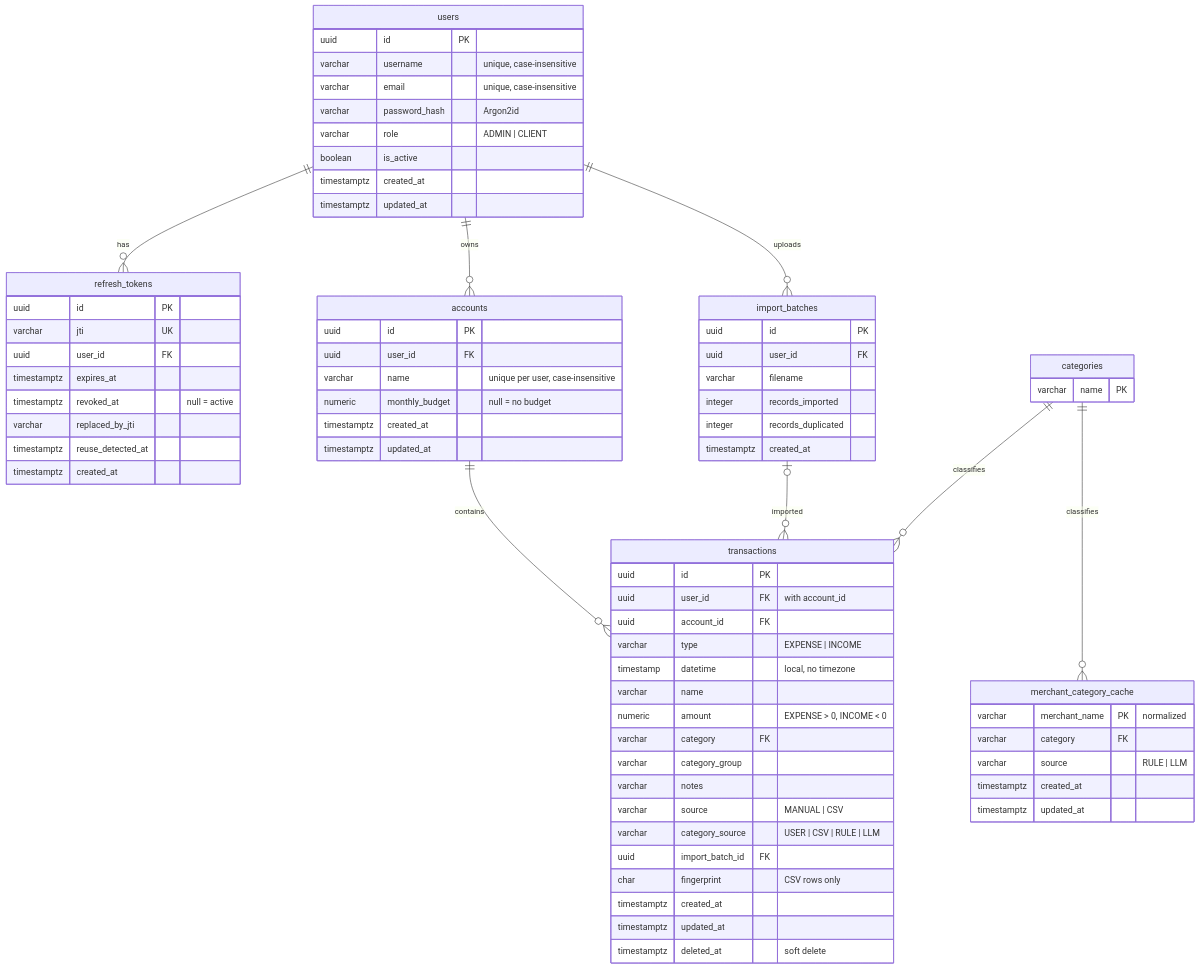
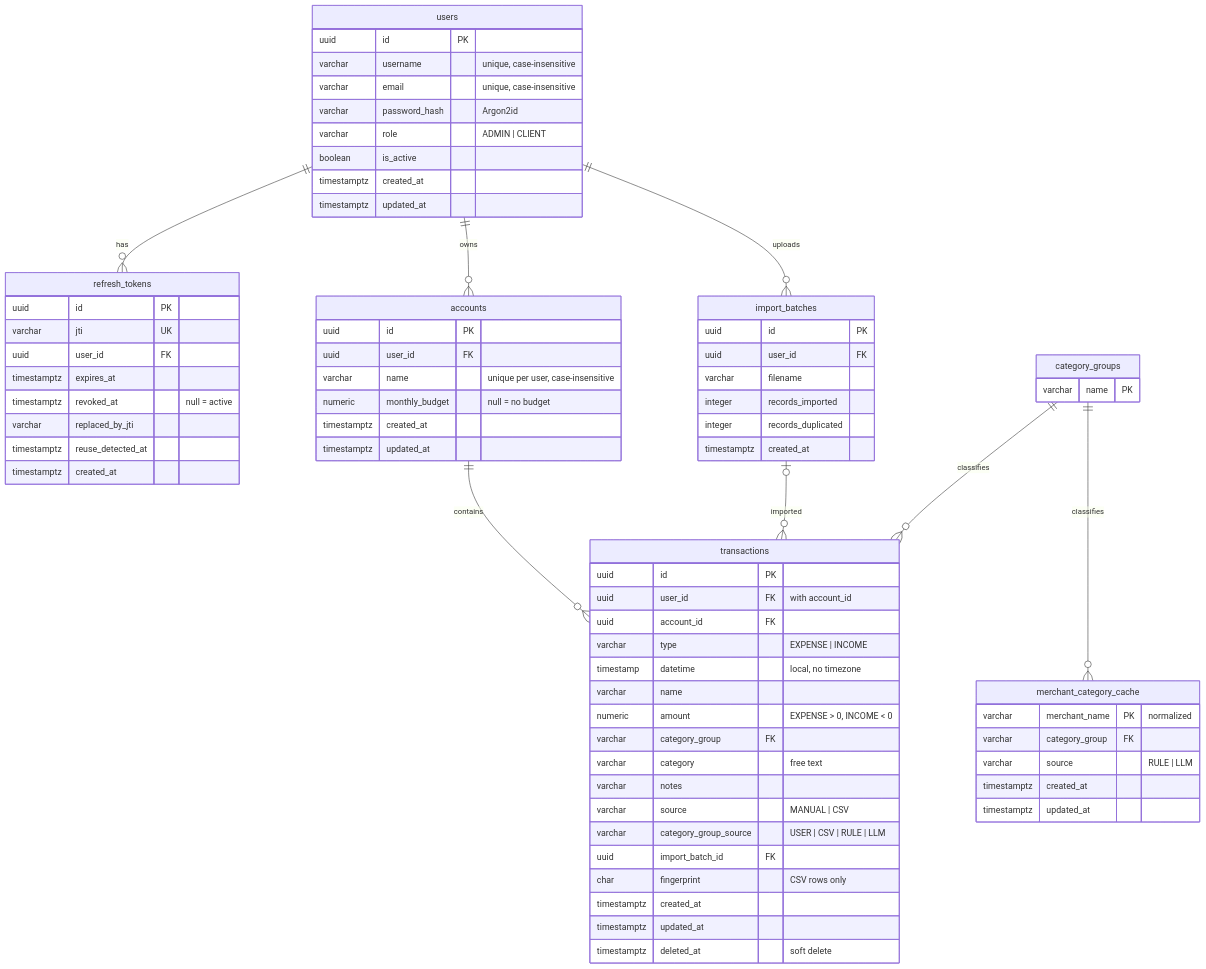
Before and after one commit to marcoPachecoM/Financial-Coach: the diagram in docs/database.md, drawn with Mermaid. The commit also changed other lines of this file and 82 other files, not shown here.

Commit message:
refactor: make category group the closed list and category free text

````diff
--- a/docs/database.md
+++ b/docs/database.md
@@ -7,82 +7,82 @@
 ```mermaid
 erDiagram
     users ||--o{ refresh_tokens : "has"
     users ||--o{ accounts : "owns"
     users ||--o{ import_batches : "uploads"
     accounts ||--o{ transactions : "contains"
     import_batches |o--o{ transactions : "imported"
-    categories ||--o{ transactions : "classifies"
-    categories ||--o{ merchant_category_cache : "classifies"
+    category_groups ||--o{ transactions : "classifies"
+    category_groups ||--o{ merchant_category_cache : "classifies"
 
     users {
         uuid id PK
         varchar username "unique, case-insensitive"
         varchar email "unique, case-insensitive"
         varchar password_hash "Argon2id"
         varchar role "ADMIN | CLIENT"
         boolean is_active
         timestamptz created_at
         timestamptz updated_at
     }
 
     refresh_tokens {
         uuid id PK
         varchar jti UK
         uuid user_id FK
         timestamptz expires_at
         timestamptz revoked_at "null = active"
         varchar replaced_by_jti
         timestamptz reuse_detected_at
         timestamptz created_at
     }
 
     accounts {
         uuid id PK
         uuid user_id FK
         varchar name "unique per user, case-insensitive"
         numeric monthly_budget "null = no budget"
         timestamptz created_at
         timestamptz updated_at
     }
 
-    categories {
+    category_groups {
         varchar name PK
     }
 
     import_batches {
         uuid id PK
         uuid user_id FK
         varchar filename
         integer records_imported
         integer records_duplicated
         timestamptz created_at
     }
 
     transactions {
         uuid id PK
         uuid user_id FK "with account_id"
         uuid account_id FK
         varchar type "EXPENSE | INCOME"
         timestamp datetime "local, no timezone"
         varchar name
         numeric amount "EXPENSE > 0, INCOME < 0"
-        varchar category FK
-        varchar category_group
+        varchar category_group FK
+        varchar category "free text"
         varchar notes
         varchar source "MANUAL | CSV"
-        varchar category_source "USER | CSV | RULE | LLM"
+        varchar category_group_source "USER | CSV | RULE | LLM"
         uuid import_batch_id FK
         char fingerprint "CSV rows only"
         timestamptz created_at
         timestamptz updated_at
         timestamptz deleted_at "soft delete"
     }
 
     merchant_category_cache {
         varchar merchant_name PK "normalized"
-        varchar category FK
+        varchar category_group FK
         varchar source "RULE | LLM"
         timestamptz created_at
         timestamptz updated_at
     }
 ```
````
